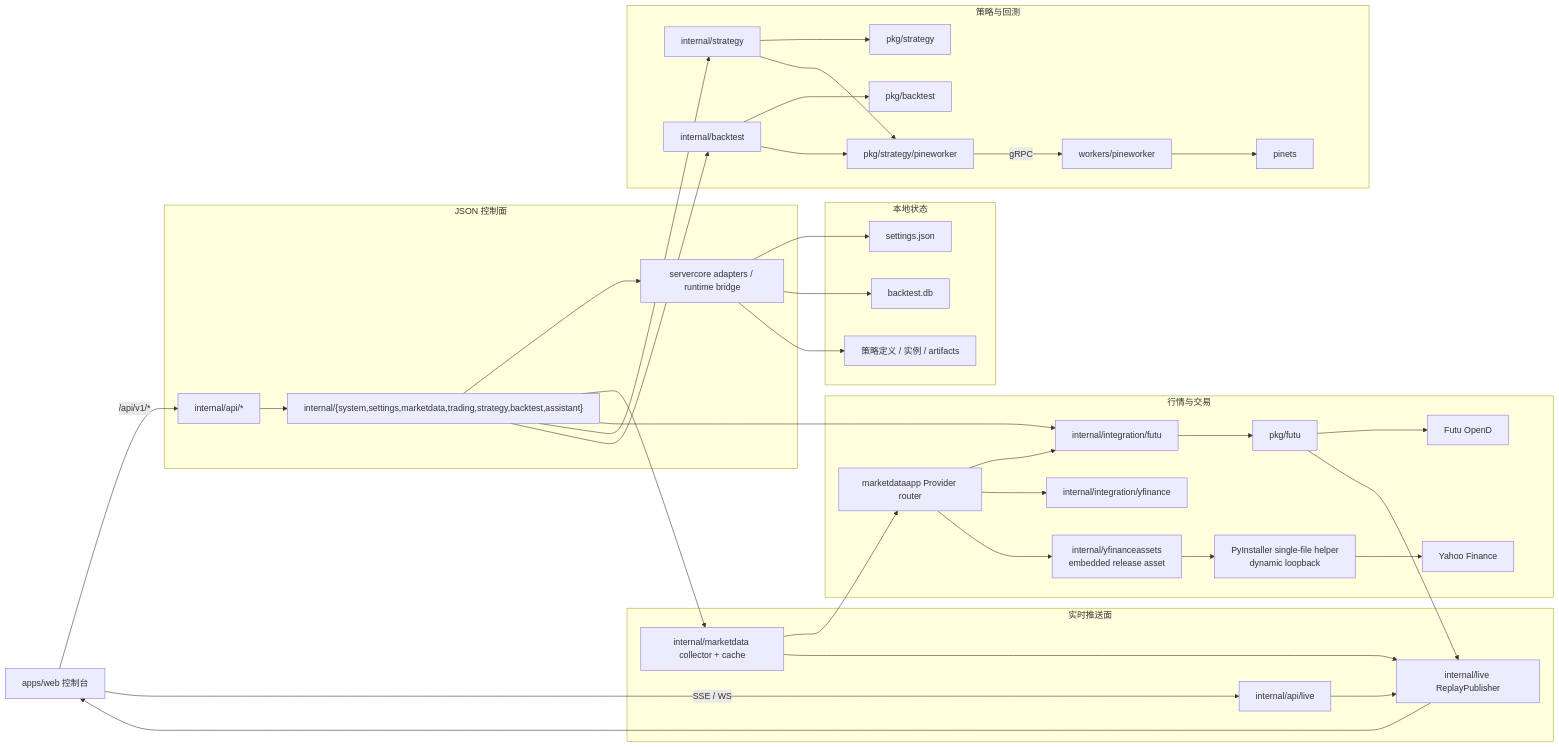
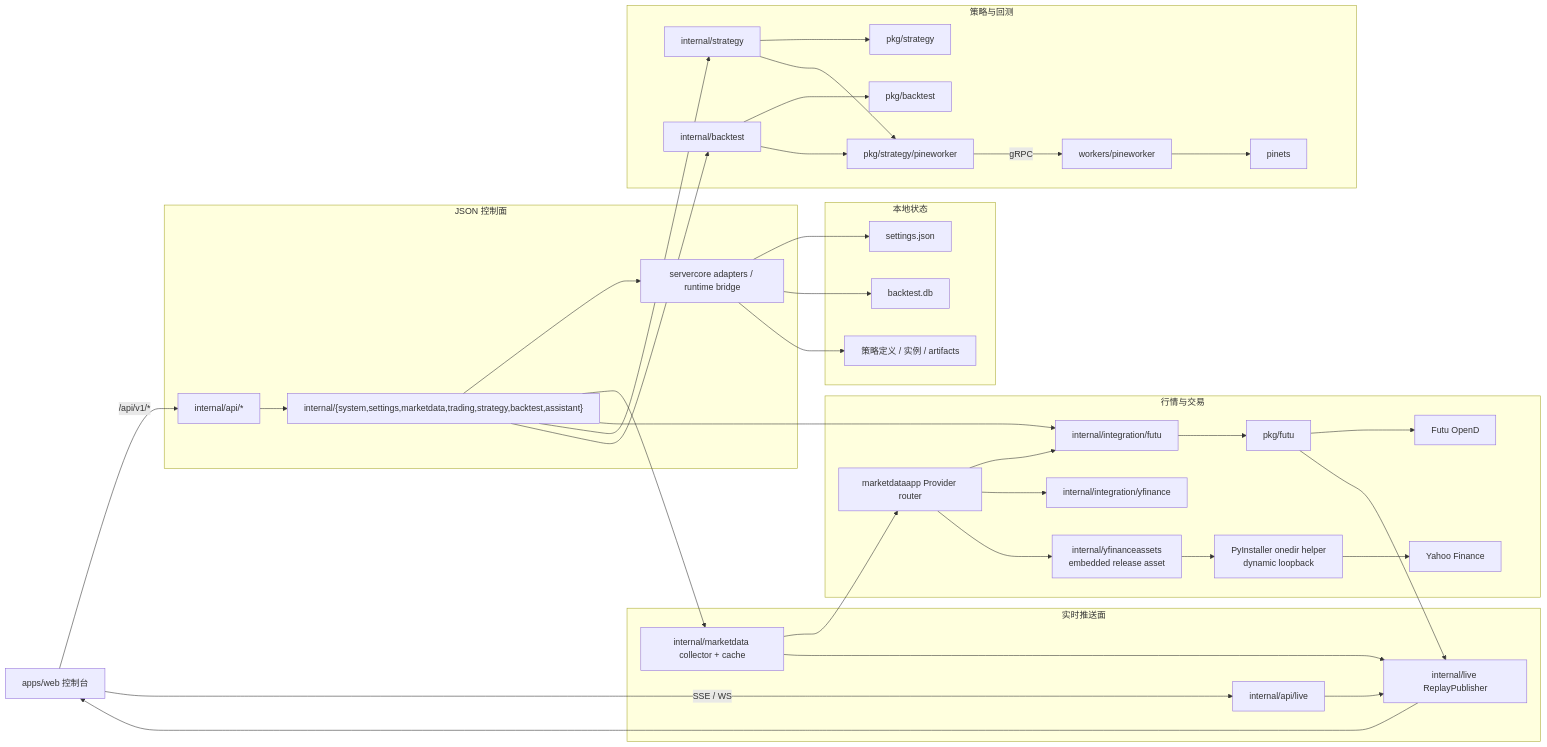
One commit to Dennishaha/JFTrade changed the second of 3 diagrams in docs/architecture-mermaid.md. Above: the diagram before and after it, drawn with Mermaid. The commit also changed other lines of this file and 23 other files, not shown here.

Commit message:
perf: package yfinance sidecar as onedir

````diff
--- a/docs/architecture-mermaid.md
+++ b/docs/architecture-mermaid.md
@@ -155,64 +155,64 @@
 ```mermaid
 flowchart LR
     Web["apps/web 控制台"]
 
     subgraph JSON["JSON 控制面"]
         API["internal/api/*"]
         Services["internal/{system,settings,marketdata,trading,strategy,backtest,assistant}"]
         Core["servercore adapters / runtime bridge"]
     end
 
     subgraph Live["实时推送面"]
         LiveAPI["internal/api/live"]
         LiveBus["internal/live ReplayPublisher"]
         Collector["internal/marketdata collector + cache"]
     end
 
     subgraph MarketTrade["行情与交易"]
         MarketRuntime["marketdataapp Provider router"]
         FutuIntegration["internal/integration/futu"]
         YFinanceIntegration["internal/integration/yfinance"]
         YFinanceAssets["internal/yfinanceassets<br/>embedded release asset"]
-        YFinanceSidecar["PyInstaller single-file helper<br/>dynamic loopback"]
+        YFinanceSidecar["PyInstaller onedir helper<br/>dynamic loopback"]
         Yahoo["Yahoo Finance"]
         FutuPkg["pkg/futu"]
         OpenD["Futu OpenD"]
     end
 
     subgraph StrategyBacktest["策略与回测"]
         StrategySvc["internal/strategy"]
         BacktestSvc["internal/backtest"]
         StrategyPkg["pkg/strategy"]
         BacktestPkg["pkg/backtest"]
         WorkerGo["pkg/strategy/pineworker"]
         WorkerNode["workers/pineworker"]
         PineTS["pinets"]
     end
 
     subgraph LocalStore["本地状态"]
         Settings["settings.json"]
         DB["backtest.db"]
         RuntimeFiles["策略定义 / 实例 / artifacts"]
     end
 
     Web -->|/api/v1/*| API --> Services --> Core
     Web -->|SSE / WS| LiveAPI --> LiveBus --> Web
 
     Services --> Collector --> MarketRuntime
     MarketRuntime --> FutuIntegration
     MarketRuntime --> YFinanceIntegration
     MarketRuntime --> YFinanceAssets --> YFinanceSidecar --> Yahoo
     Services --> FutuIntegration --> FutuPkg --> OpenD
     Collector --> LiveBus
     FutuPkg --> LiveBus
 
     Services --> StrategySvc --> StrategyPkg
     Services --> BacktestSvc --> BacktestPkg
     StrategySvc --> WorkerGo
     BacktestSvc --> WorkerGo
     WorkerGo -->|gRPC| WorkerNode --> PineTS
 
     Core --> Settings
     Core --> DB
     Core --> RuntimeFiles
 ```
````
